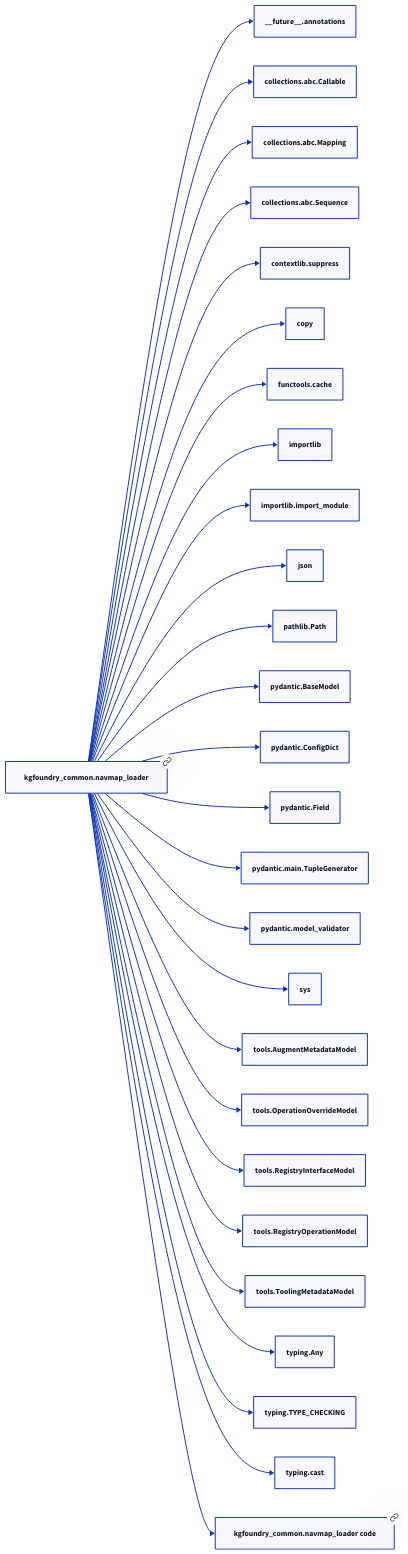
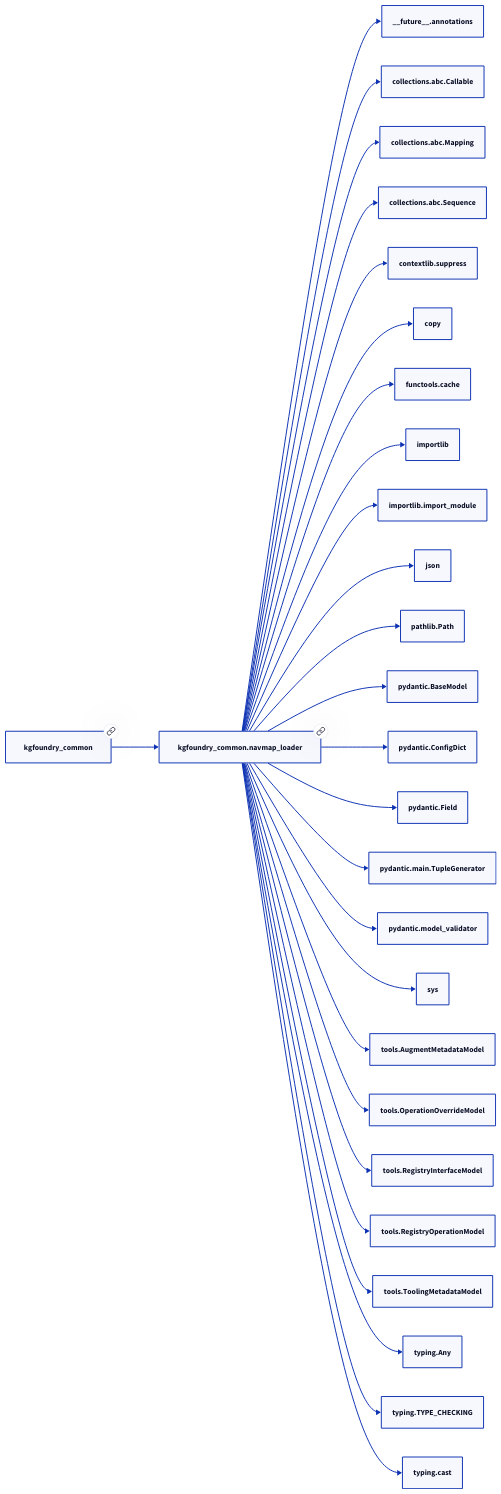
The second of 2 diagrams in docs/modules/kgfoundry_common/navmap_loader.md (paul-heyse/kgforge), drawn with D2 before and after one commit. The commit also changed other lines of this file and 208 other files, not shown here.

````diff
--- a/docs/modules/kgfoundry_common/navmap_loader.md
+++ b/docs/modules/kgfoundry_common/navmap_loader.md
@@ -167,56 +171,56 @@
 ```d2
 direction: right
-"kgfoundry_common.navmap_loader": "kgfoundry_common.navmap_loader" { link: "./kgfoundry_common/navmap_loader.md" }
+"kgfoundry_common.navmap_loader": "kgfoundry_common.navmap_loader" { link: "https://github.com/paul-heyse/kgfoundry/blob/main/src/kgfoundry_common/navmap_loader.py" }
 "__future__.annotations": "__future__.annotations"
 "kgfoundry_common.navmap_loader" -> "__future__.annotations"
 "collections.abc.Callable": "collections.abc.Callable"
 "kgfoundry_common.navmap_loader" -> "collections.abc.Callable"
 "collections.abc.Mapping": "collections.abc.Mapping"
 "kgfoundry_common.navmap_loader" -> "collections.abc.Mapping"
 "collections.abc.Sequence": "collections.abc.Sequence"
 "kgfoundry_common.navmap_loader" -> "collections.abc.Sequence"
 "contextlib.suppress": "contextlib.suppress"
 "kgfoundry_common.navmap_loader" -> "contextlib.suppress"
 "copy": "copy"
 "kgfoundry_common.navmap_loader" -> "copy"
 "functools.cache": "functools.cache"
 "kgfoundry_common.navmap_loader" -> "functools.cache"
 "importlib": "importlib"
 "kgfoundry_common.navmap_loader" -> "importlib"
 "importlib.import_module": "importlib.import_module"
 "kgfoundry_common.navmap_loader" -> "importlib.import_module"
 "json": "json"
 "kgfoundry_common.navmap_loader" -> "json"
 "pathlib.Path": "pathlib.Path"
 "kgfoundry_common.navmap_loader" -> "pathlib.Path"
 "pydantic.BaseModel": "pydantic.BaseModel"
 "kgfoundry_common.navmap_loader" -> "pydantic.BaseModel"
 "pydantic.ConfigDict": "pydantic.ConfigDict"
 "kgfoundry_common.navmap_loader" -> "pydantic.ConfigDict"
 "pydantic.Field": "pydantic.Field"
 "kgfoundry_common.navmap_loader" -> "pydantic.Field"
 "pydantic.main.TupleGenerator": "pydantic.main.TupleGenerator"
 "kgfoundry_common.navmap_loader" -> "pydantic.main.TupleGenerator"
 "pydantic.model_validator": "pydantic.model_validator"
 "kgfoundry_common.navmap_loader" -> "pydantic.model_validator"
 "sys": "sys"
 "kgfoundry_common.navmap_loader" -> "sys"
 "tools.AugmentMetadataModel": "tools.AugmentMetadataModel"
 "kgfoundry_common.navmap_loader" -> "tools.AugmentMetadataModel"
 "tools.OperationOverrideModel": "tools.OperationOverrideModel"
 "kgfoundry_common.navmap_loader" -> "tools.OperationOverrideModel"
 "tools.RegistryInterfaceModel": "tools.RegistryInterfaceModel"
 "kgfoundry_common.navmap_loader" -> "tools.RegistryInterfaceModel"
 "tools.RegistryOperationModel": "tools.RegistryOperationModel"
 "kgfoundry_common.navmap_loader" -> "tools.RegistryOperationModel"
 "tools.ToolingMetadataModel": "tools.ToolingMetadataModel"
 "kgfoundry_common.navmap_loader" -> "tools.ToolingMetadataModel"
 "typing.Any": "typing.Any"
 "kgfoundry_common.navmap_loader" -> "typing.Any"
 "typing.TYPE_CHECKING": "typing.TYPE_CHECKING"
 "kgfoundry_common.navmap_loader" -> "typing.TYPE_CHECKING"
 "typing.cast": "typing.cast"
 "kgfoundry_common.navmap_loader" -> "typing.cast"
-"kgfoundry_common.navmap_loader_code": "kgfoundry_common.navmap_loader code" { link: "https://github.com/kgfoundry/kgfoundry/blob/main/src/kgfoundry_common/navmap_loader.py" }
-"kgfoundry_common.navmap_loader" -> "kgfoundry_common.navmap_loader_code" { style: dashed }
+"kgfoundry_common": "kgfoundry_common" { link: "https://github.com/paul-heyse/kgfoundry/blob/main/src/kgfoundry_common/__init__.py" }
+"kgfoundry_common" -> "kgfoundry_common.navmap_loader" { style: dashed }
 ```
````
